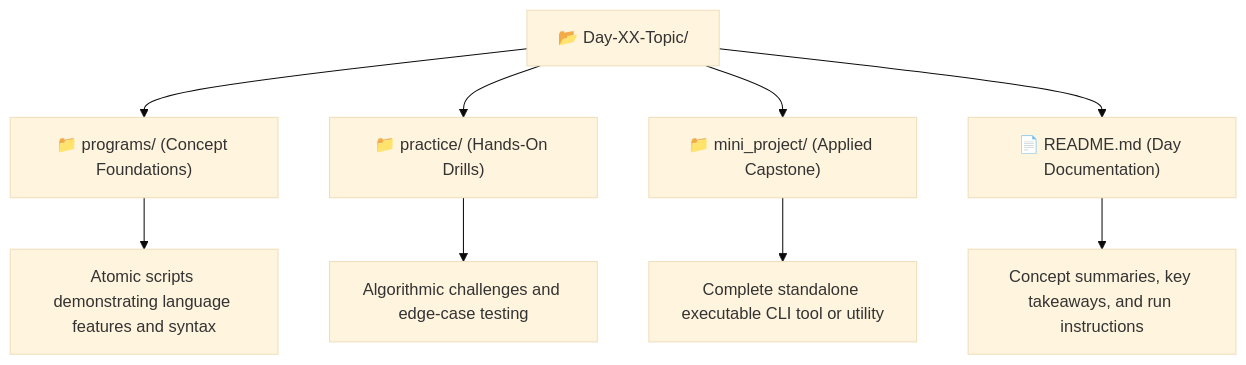
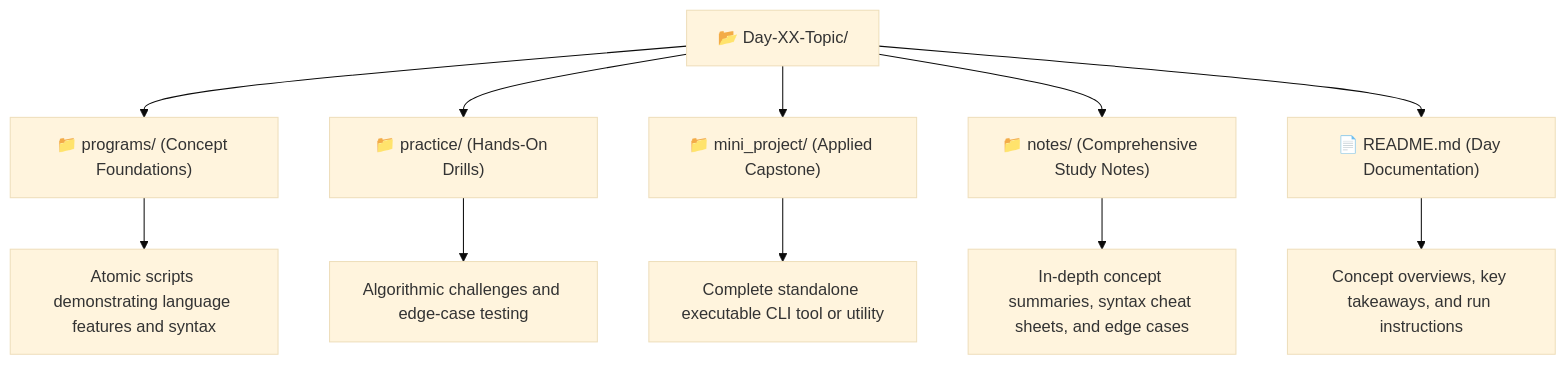
Before and after one commit to tejasbargat16-ux/Python-Learning-Journey: the first of 3 diagrams in README.md, drawn with Mermaid (base theme). The commit also changed other lines of this file and 23 other files, not shown here.

Commit message:
docs: add comprehensive study notes for Days 01-21 and update architecture

````diff
--- a/README.md
+++ b/README.md
@@ -54,13 +54,15 @@
 ```mermaid
 graph TD
     DayRoot["📂 Day-XX-Topic/"]
     DayRoot --> Prog["📁 programs/ (Concept Foundations)"]
     DayRoot --> Pract["📁 practice/ (Hands-On Drills)"]
     DayRoot --> Mini["📁 mini_project/ (Applied Capstone)"]
+    DayRoot --> Notes["📁 notes/ (Comprehensive Study Notes)"]
     DayRoot --> Readme["📄 README.md (Day Documentation)"]
 
     Prog --> ProgDesc["Atomic scripts demonstrating language features and syntax"]
     Pract --> PractDesc["Algorithmic challenges and edge-case testing"]
     Mini --> MiniDesc["Complete standalone executable CLI tool or utility"]
-    Readme --> ReadmeDesc["Concept summaries, key takeaways, and run instructions"]
+    Notes --> NotesDesc["In-depth concept summaries, syntax cheat sheets, and edge cases"]
+    Readme --> ReadmeDesc["Concept overviews, key takeaways, and run instructions"]
 ```
````
